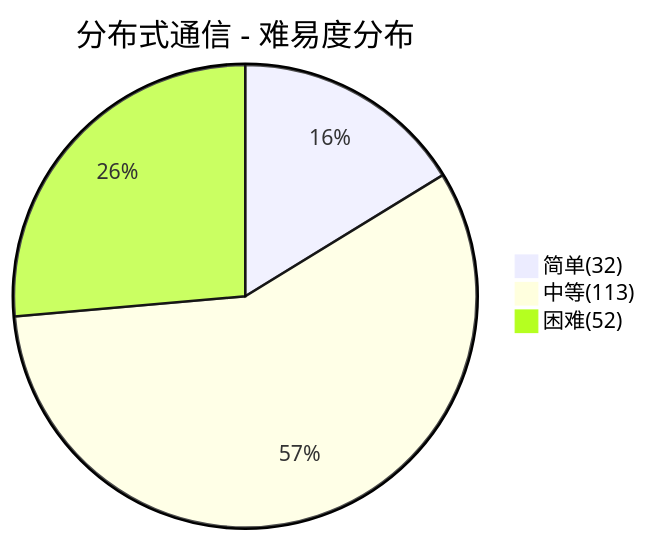
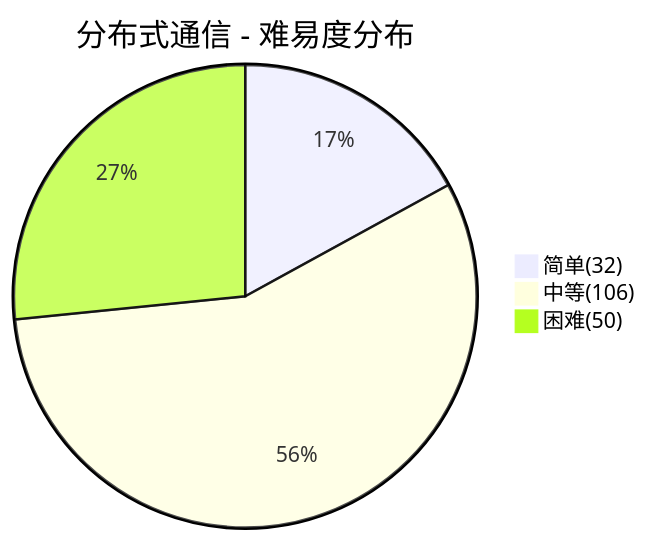
The fourth of 6 diagrams in docs/99.面试/分布式面试.md (dunwu/waterdrop), drawn with Mermaid before and after one commit. The commit also changed other lines of this file and 50 other files, not shown here.

````diff
--- a/docs/99.面试/分布式面试.md
+++ b/docs/99.面试/分布式面试.md
@@ -246,6 +234,6 @@
 ```mermaid
 pie title 分布式通信 - 难易度分布
     "简单(32)" : 32
-    "中等(113)" : 113
-    "困难(52)" : 52
+    "中等(106)" : 106
+    "困难(50)" : 50
 ```
````
